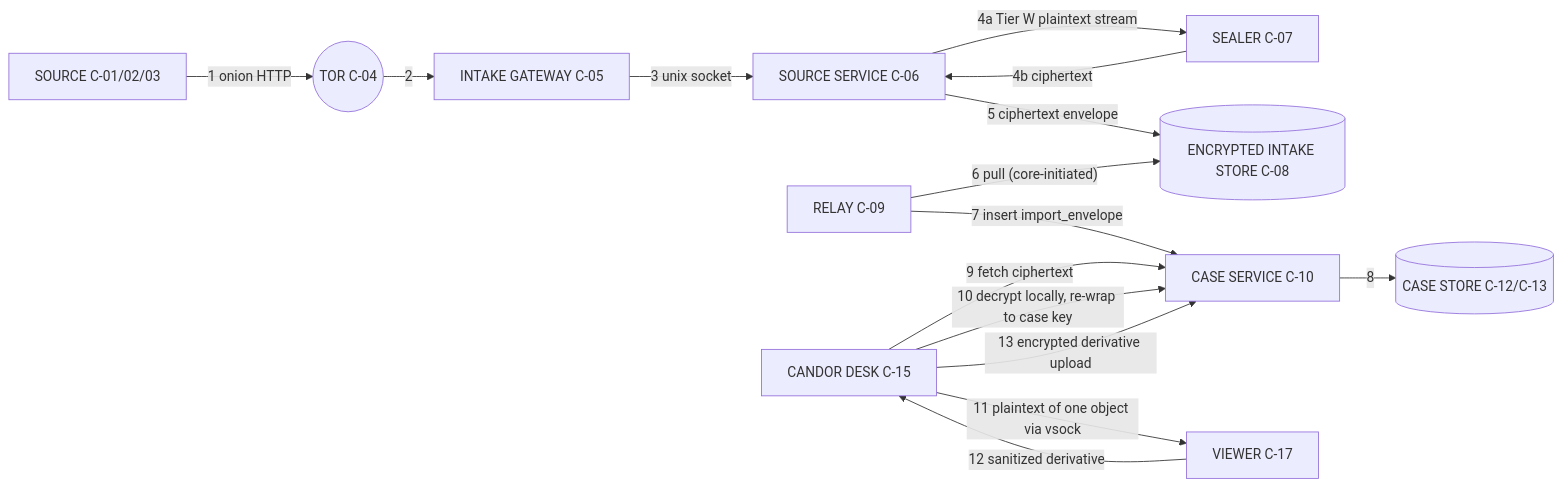
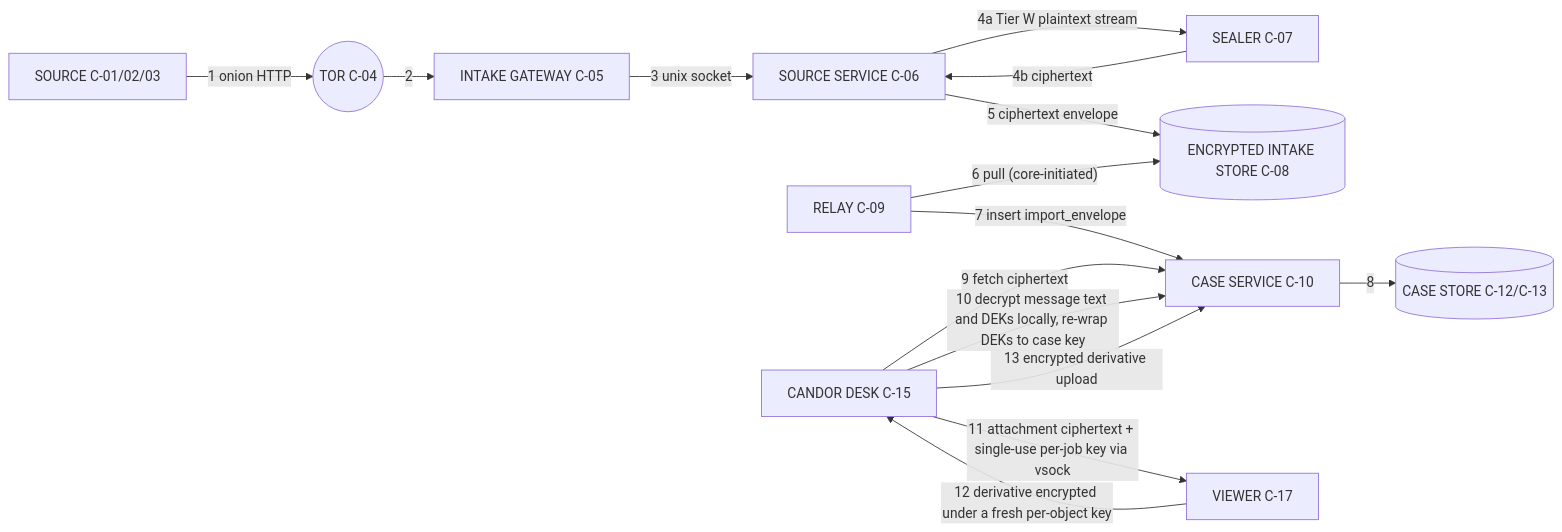
Before and after one commit to djshellshoxxx/leaks: the third of 12 diagrams in specs/06-SYSTEM-ARCHITECTURE.md, drawn with Mermaid. The commit also changed other lines of this file and 17 other files, not shown here.

````diff
--- a/specs/06-SYSTEM-ARCHITECTURE.md
+++ b/specs/06-SYSTEM-ARCHITECTURE.md
@@ -233,17 +234,17 @@
 ```mermaid
 flowchart LR
   S["SOURCE C-01/02/03"] -->|"1 onion HTTP"| T(("TOR C-04"))
   T -->|"2"| G["INTAKE GATEWAY C-05"]
   G -->|"3 unix socket"| W["SOURCE SERVICE C-06"]
   W -->|"4a Tier W plaintext stream"| SL["SEALER C-07"]
   SL -->|"4b ciphertext"| W
   W -->|"5 ciphertext envelope"| IS[("ENCRYPTED INTAKE STORE C-08")]
   R["RELAY C-09"] -->|"6 pull (core-initiated)"| IS
   R -->|"7 insert import_envelope"| CS["CASE SERVICE C-10"]
   CS -->|"8"| DB[("CASE STORE C-12/C-13")]
   D["CANDOR DESK C-15"] -->|"9 fetch ciphertext"| CS
-  D -->|"10 decrypt locally, re-wrap to case key"| CS
-  D -->|"11 plaintext of one object via vsock"| V["VIEWER C-17"]
-  V -->|"12 sanitized derivative"| D
+  D -->|"10 decrypt message text and DEKs locally, re-wrap DEKs to case key"| CS
+  D -->|"11 attachment ciphertext + single-use per-job key via vsock"| V["VIEWER C-17"]
+  V -->|"12 derivative encrypted under a fresh per-object key"| D
   D -->|"13 encrypted derivative upload"| CS
 ```
````
